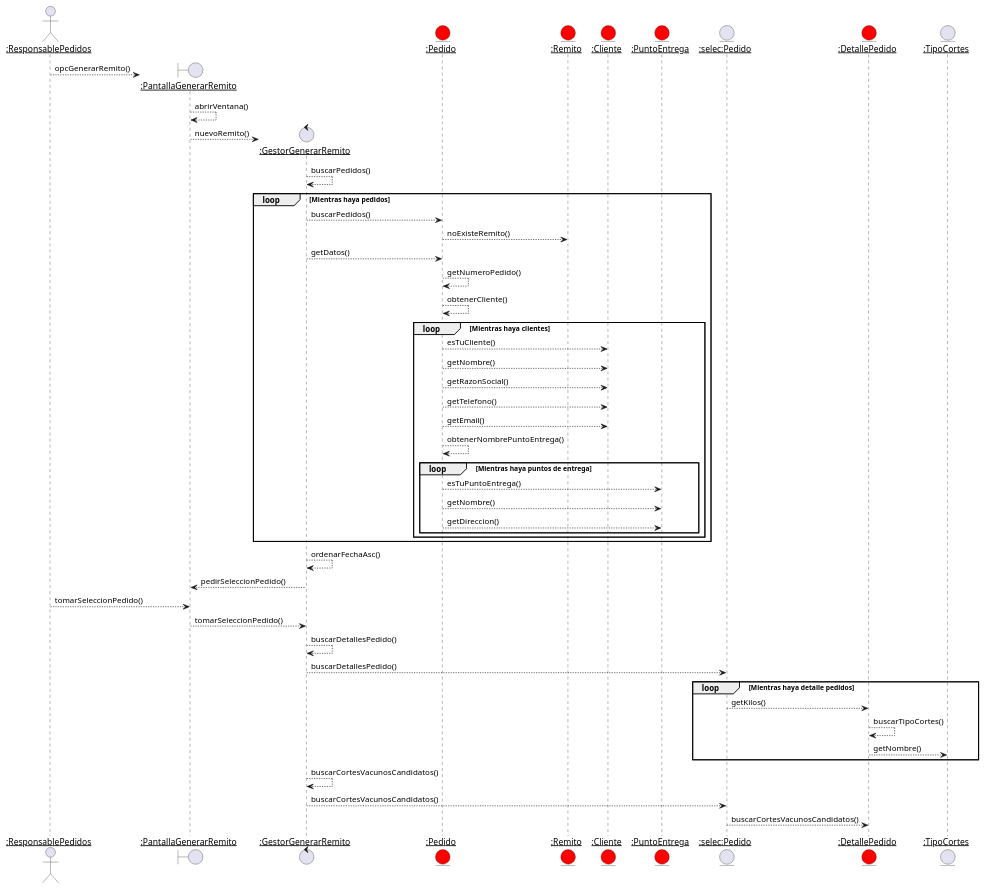
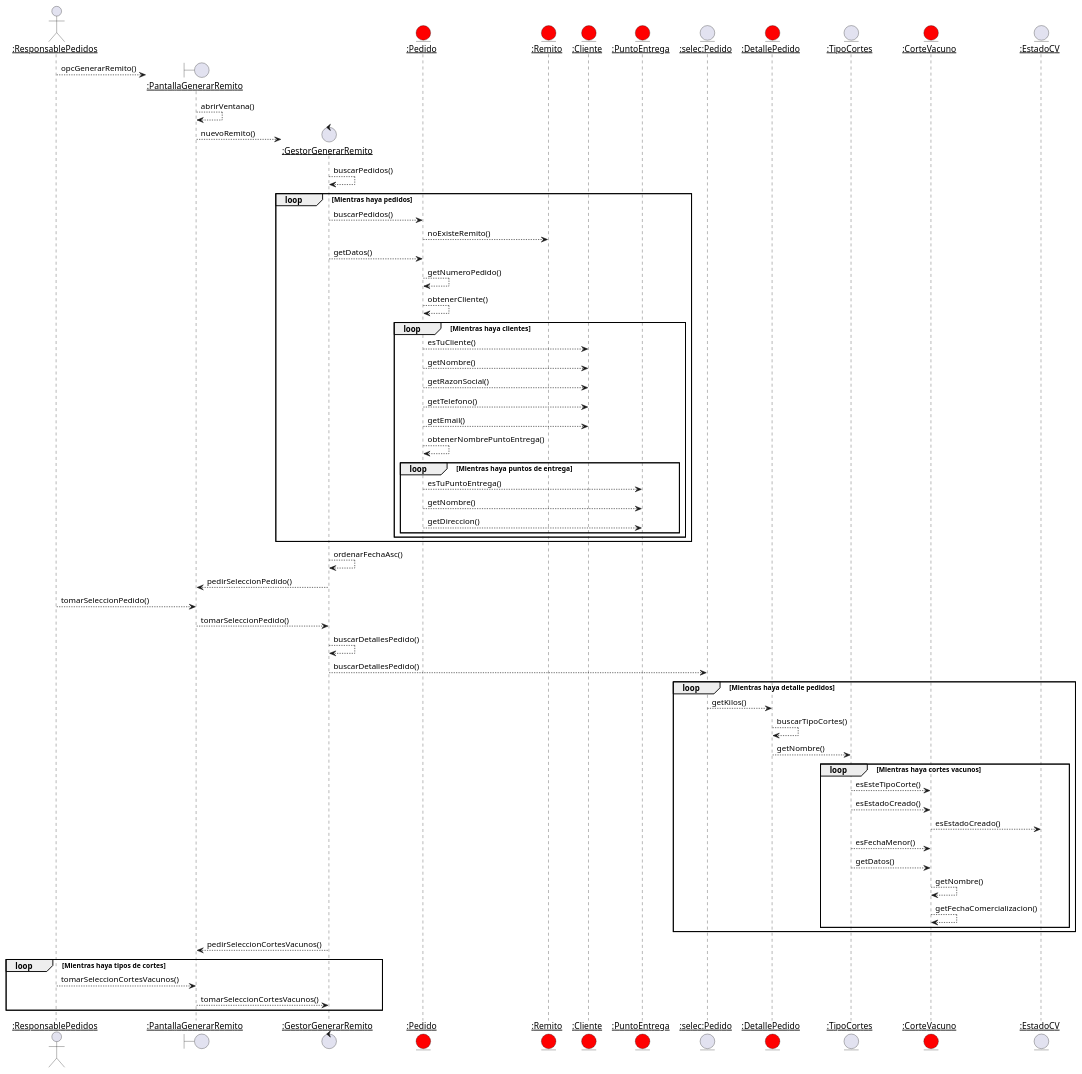
One commit to IgnacioSala20/Diagramas changed the diagram in Frigorifico/GenerarRemito/secuencia.puml. Above: the diagram before and after it, drawn with PlantUML. The commit also changed 10 other files, not shown here.

```diff
--- a/Frigorifico/GenerarRemito/secuencia.puml
+++ b/Frigorifico/GenerarRemito/secuencia.puml
@@ -1,69 +1,79 @@
 @startuml secuencia 
 
 actor "__:ResponsablePedidos__" as RP 
 
 create boundary "__:PantallaGenerarRemito__" as PGR 
 
 RP --> PGR : opcGenerarRemito()
 
 PGR --> PGR : abrirVentana()
 
 create control "__:GestorGenerarRemito__" as GGR 
 
 PGR --> GGR : nuevoRemito()
 
 GGR --> GGR : buscarPedidos()
 
 entity "__:Pedido__" as P #Red
 entity "__:Remito__" as R #Red
 entity "__:Cliente__" as C #Red
 group loop [Mientras haya pedidos]
     GGR --> P : buscarPedidos()
     P --> R : noExisteRemito()
     GGR --> P : getDatos()
     P --> P : getNumeroPedido()
     P --> P : obtenerCliente()
     group loop [Mientras haya clientes]
         P --> C : esTuCliente()
         entity "__:Cliente__" as C 
         P --> C : getNombre()
         P --> C : getRazonSocial()
         P --> C : getTelefono()
         P --> C : getEmail()
         P --> P : obtenerNombrePuntoEntrega()
         group loop [Mientras haya puntos de entrega]
             entity "__:PuntoEntrega__" as PE #Red
             P --> PE : esTuPuntoEntrega()
             P --> PE : getNombre()
             P --> PE : getDireccion()
         end
     end
 end
 GGR --> GGR : ordenarFechaAsc()
 
 GGR --> PGR : pedirSeleccionPedido()
 RP --> PGR : tomarSeleccionPedido()
 PGR --> GGR : tomarSeleccionPedido()
 
 entity "__:selec:Pedido__" as sP 
 
 GGR --> GGR : buscarDetallesPedido()
 entity "__:DetallePedido__" as DP #Red
 entity "__:TipoCortes__" as TC 
 GGR --> sP : buscarDetallesPedido()
 group loop [Mientras haya detalle pedidos]
     sP --> DP : getKilos()
     DP --> DP : buscarTipoCortes()
     DP --> TC : getNombre()
+    entity "__:CorteVacuno__" as CV #Red 
+    group loop [Mientras haya cortes vacunos]
+        TC -->CV : esEsteTipoCorte()
+        TC --> CV : esEstadoCreado()
+        entity "__:EstadoCV__" as ECV
+        CV --> ECV: esEstadoCreado()
+        TC --> CV : esFechaMenor()
+        TC --> CV : getDatos()
+        CV --> CV : getNombre()
+        CV --> CV : getFechaComercializacion()
+    end
 end
 
-
-GGR --> GGR : buscarCortesVacunosCandidatos()
-
-GGR --> sP : buscarCortesVacunosCandidatos()
-sP --> DP : buscarCortesVacunosCandidatos()
-
+GGR --> PGR : pedirSeleccionCortesVacunos()
+group loop [Mientras haya tipos de cortes]
+    RP --> PGR : tomarSeleccionCortesVacunos()
+    PGR --> GGR : tomarSeleccionCortesVacunos()
+end
 
 
 
 @enduml
```
